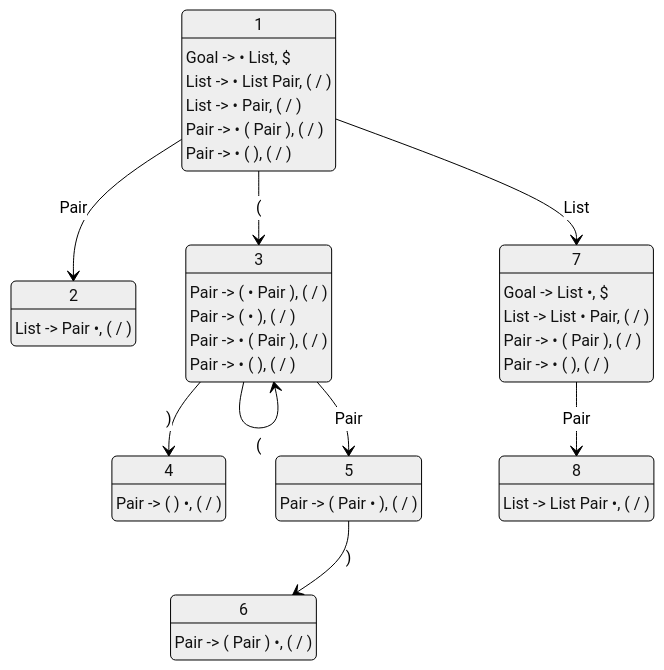
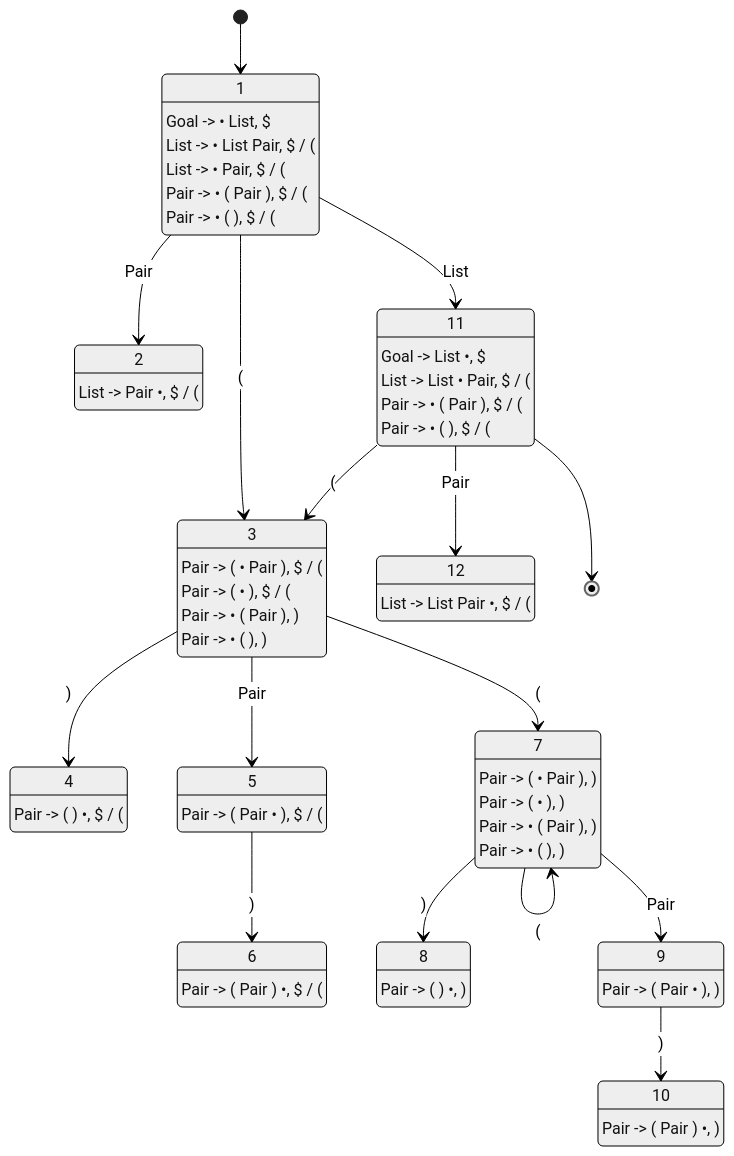
One commit to NathanPERIER/insa_rennes_stuff changed the diagram in 4INFO/S8/Donnée et programmation/Compilation/annale2018.md. Above: the diagram before and after it, drawn with Mermaid (neutral theme). The commit also changed other lines of this file, not shown here.

Commit message:
Corrections parser LR(1)

````diff
--- a/4INFO/S8/Donnée et programmation/Compilation/annale2018.md
+++ b/4INFO/S8/Donnée et programmation/Compilation/annale2018.md
@@ -61,37 +59,55 @@
 ```Mermaid
 stateDiagram-v2
 	s01: 1
 	s01: Goal -> • List, $
-	s01: List -> • List Pair, ( / )
-	s01: List -> • Pair, ( / )
-	s01: Pair -> • ( Pair ), ( / )
-	s01: Pair -> • ( ), ( / )
+	s01: List -> • List Pair, $ / (
+	s01: List -> • Pair, $ / (
+	s01: Pair -> • ( Pair ), $ / (
+	s01: Pair -> • ( ), $ / (
 	s02: 2
-	s02: List -> Pair •, ( / )
+	s02: List -> Pair •, $ / (
 	s03: 3
-	s03: Pair -> ( • Pair ), ( / )
-	s03: Pair -> ( • ), ( / )
-	s03: Pair -> • ( Pair ), ( / )
-	s03: Pair -> • ( ), ( / )
+	s03: Pair -> ( • Pair ), $ / (
+	s03: Pair -> ( • ), $ / (
+	s03: Pair -> • ( Pair ), )
+	s03: Pair -> • ( ), )
 	s04: 4
-	s04: Pair -> ( ) •, ( / )
+	s04: Pair -> ( ) •, $ / (
 	s05: 5
-	s05: Pair -> ( Pair • ), ( / )
+	s05: Pair -> ( Pair • ), $ / (
 	s06: 6
-	s06: Pair -> ( Pair ) •, ( / )
+	s06: Pair -> ( Pair ) •, $ / (
 	s07: 7
-	s07: Goal -> List •, $
-	s07: List -> List • Pair, ( / )
-	s07: Pair -> • ( Pair ), ( / )
-	s07: Pair -> • ( ), ( / )
+	s07: Pair -> ( • Pair ), )
+	s07: Pair -> ( • ), )
+	s07: Pair -> • ( Pair ), )
+	s07: Pair -> • ( ), )
 	s08: 8
-	s08: List -> List Pair •, ( / )
+	s08: Pair -> ( ) •, )
+	s09: 9
+	s09: Pair -> ( Pair • ), )
+	s10: 10
+	s10: Pair -> ( Pair ) •, )
+	s11: 11
+	s11: Goal -> List •, $
+	s11: List -> List • Pair, $ / (
+	s11: Pair -> • ( Pair ), $ / (
+	s11: Pair -> • ( ), $ / (
+	s12: 12
+	s12: List -> List Pair •, $ / (
+	[*] --> s01
 	s01 --> s02 : Pair
 	s01 --> s03 : (
-	s03 --> s03 : (
 	s03 --> s04 : )
 	s03 --> s05 : Pair
 	s05 --> s06 : )
-	s01 --> s07 : List
-	s07 --> s08 : Pair
+	s03 --> s07 : (
+	s07 --> s07 : (
+	s07 --> s08 : )
+	s07 --> s09 : Pair
+	s09 --> s10 : )
+	s01 --> s11 : List
+	s11 --> s12 : Pair
+	s11 --> s03 : (
+	s11 --> [*]
 ```
````
